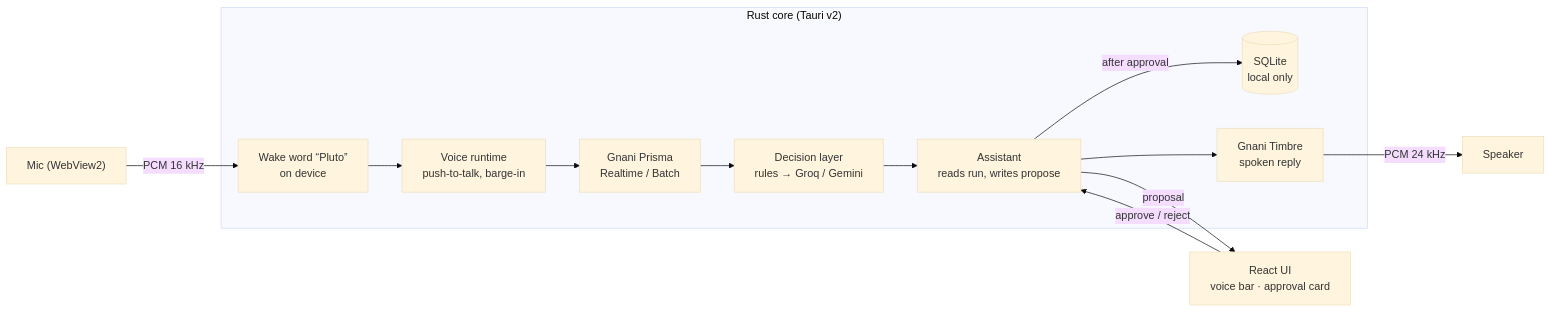
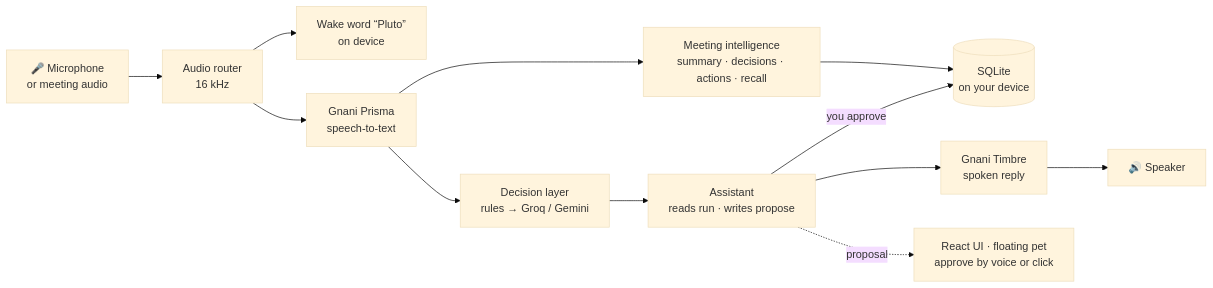
One commit to yokshith09/PLUTO4GNANI changed the diagram in README.md. Above: the diagram before and after it, drawn with Mermaid (base theme). The commit also changed other lines of this file and 1 other file, not shown here.

````diff
--- a/README.md
+++ b/README.md
@@ -84,15 +97,14 @@
 ```mermaid
 flowchart LR
-    Mic["Mic (WebView2)"] -->|PCM 16 kHz| Wake
-    subgraph Rust["Rust core (Tauri v2)"]
-        Wake["Wake word “Pluto”<br/>on device"] --> Runtime
-        Runtime["Voice runtime<br/>push-to-talk, barge-in"] --> Prisma["Gnani Prisma<br/>Realtime / Batch"]
-        Prisma --> Decide["Decision layer<br/>rules → Groq / Gemini"]
-        Decide --> Assistant["Assistant<br/>reads run, writes propose"]
-        Assistant -->|after approval| DB[("SQLite<br/>local only")]
-        Assistant --> Timbre["Gnani Timbre<br/>spoken reply"]
-    end
-    Assistant -->|proposal| UI["React UI<br/>voice bar · approval card"]
-    UI -->|approve / reject| Assistant
-    Timbre -->|PCM 24 kHz| Speaker["Speaker"]
+    Mic["🎤 Microphone<br/>or meeting audio"] --> Router["Audio router<br/>16 kHz"]
+    Router --> Wake["Wake word “Pluto”<br/>on device"]
+    Router --> STT["Gnani Prisma<br/>speech-to-text"]
+    STT --> Decide["Decision layer<br/>rules → Groq / Gemini"]
+    Decide --> Assistant["Assistant<br/>reads run · writes propose"]
+    Assistant -->|you approve| DB[("SQLite<br/>on your device")]
+    Assistant --> TTS["Gnani Timbre<br/>spoken reply"]
+    Assistant -.proposal.-> UI["React UI · floating pet<br/>approve by voice or click"]
+    TTS --> Speaker["🔊 Speaker"]
+    STT --> Meet["Meeting intelligence<br/>summary · decisions · actions · recall"]
+    Meet --> DB
 ```
````
